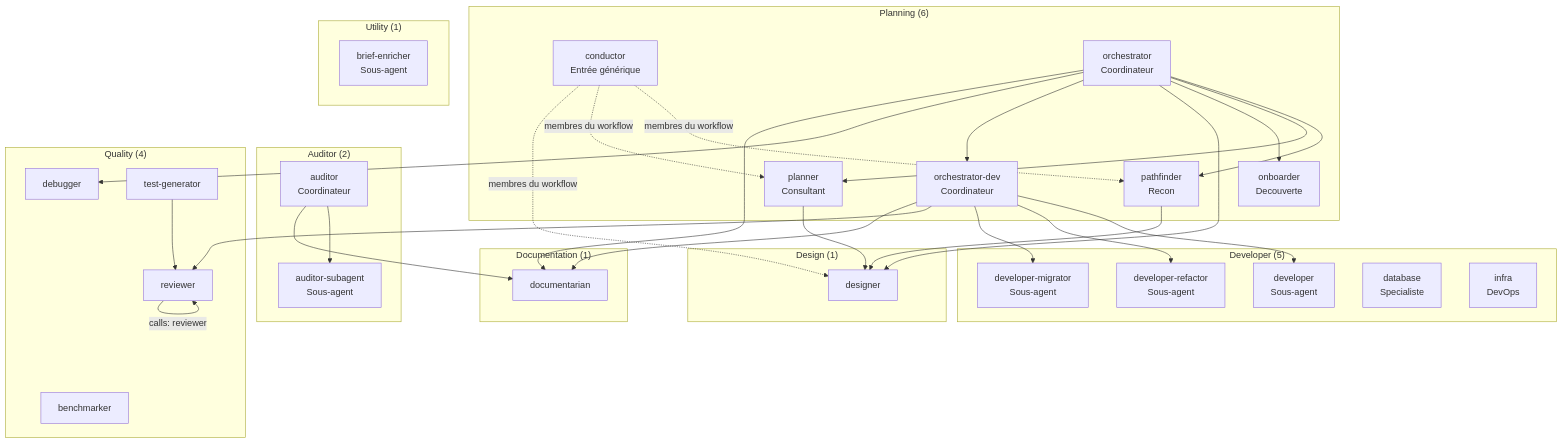
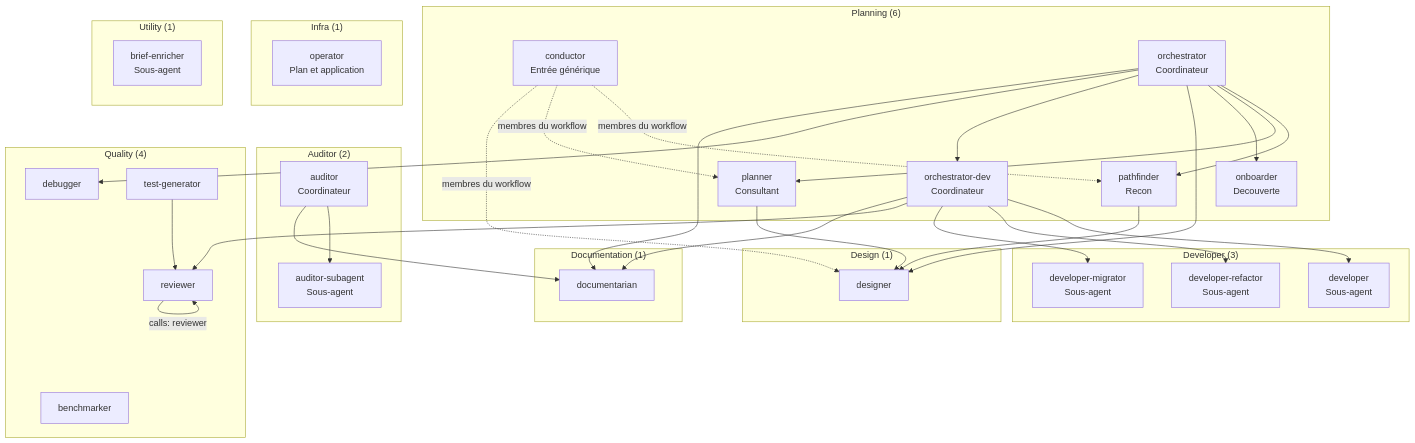
Before and after one commit to datichb/openhub: the diagram in docs/architecture/agents.fr.md, drawn with Mermaid. The commit also changed other lines of this file and 29 other files, not shown here.

Commit message:
docs: operator and infra-change, infra and database audit domains, infra and database agents removed — workflows reference and guide, agents, skills, model resolution, delegation, living wiki, audit tools, glossary, SECURITY, README (consolidation C1)

````diff
--- a/docs/architecture/agents.fr.md
+++ b/docs/architecture/agents.fr.md
@@ -44,45 +44,46 @@
 ```mermaid
 flowchart TD
     subgraph PL ["Planning (6)"]
         COND["conductor<br/>Entrée générique"]
         ORCH["orchestrator<br/>Coordinateur"]
         ORCHDEV["orchestrator-dev<br/>Coordinateur"]
         PLAN["planner<br/>Consultant"]
         PATH["pathfinder<br/>Recon"]
         ONB["onboarder<br/>Decouverte"]
     end
-    subgraph DV ["Developer (5)"]
+    subgraph DV ["Developer (3)"]
         DEV["developer<br/>Sous-agent"]
         DEVR["developer-refactor<br/>Sous-agent"]
         DEVM["developer-migrator<br/>Sous-agent"]
-        DB["database<br/>Specialiste"]
-        INFRA["infra<br/>DevOps"]
+    end
+    subgraph IN ["Infra (1)"]
+        OPS["operator<br/>Plan et application"]
     end
     subgraph AU ["Auditor (2)"]
         AUD["auditor<br/>Coordinateur"]
         AUDS["auditor-subagent<br/>Sous-agent"]
     end
     subgraph QU ["Quality (4)"]
         REV["reviewer"]
         DBG["debugger"]
         BENCH["benchmarker"]
         TEST["test-generator"]
     end
     subgraph DS ["Design (1)"]
         DES["designer"]
     end
     subgraph DC ["Documentation (1)"]
         DOC["documentarian"]
     end
     subgraph UT ["Utility (1)"]
         BRF["brief-enricher<br/>Sous-agent"]
     end
     COND -.->|membres du workflow| PATH & PLAN & DES
     ORCH --> PATH & PLAN & ONB & DES & ORCHDEV & DBG & DOC
     ORCHDEV --> DEV & DEVR & DEVM & REV & DOC
     PLAN --> DES
     PATH --> DES
     AUD --> AUDS & DOC
     TEST --> REV
     REV -->|calls: reviewer| REV
 ```
````
